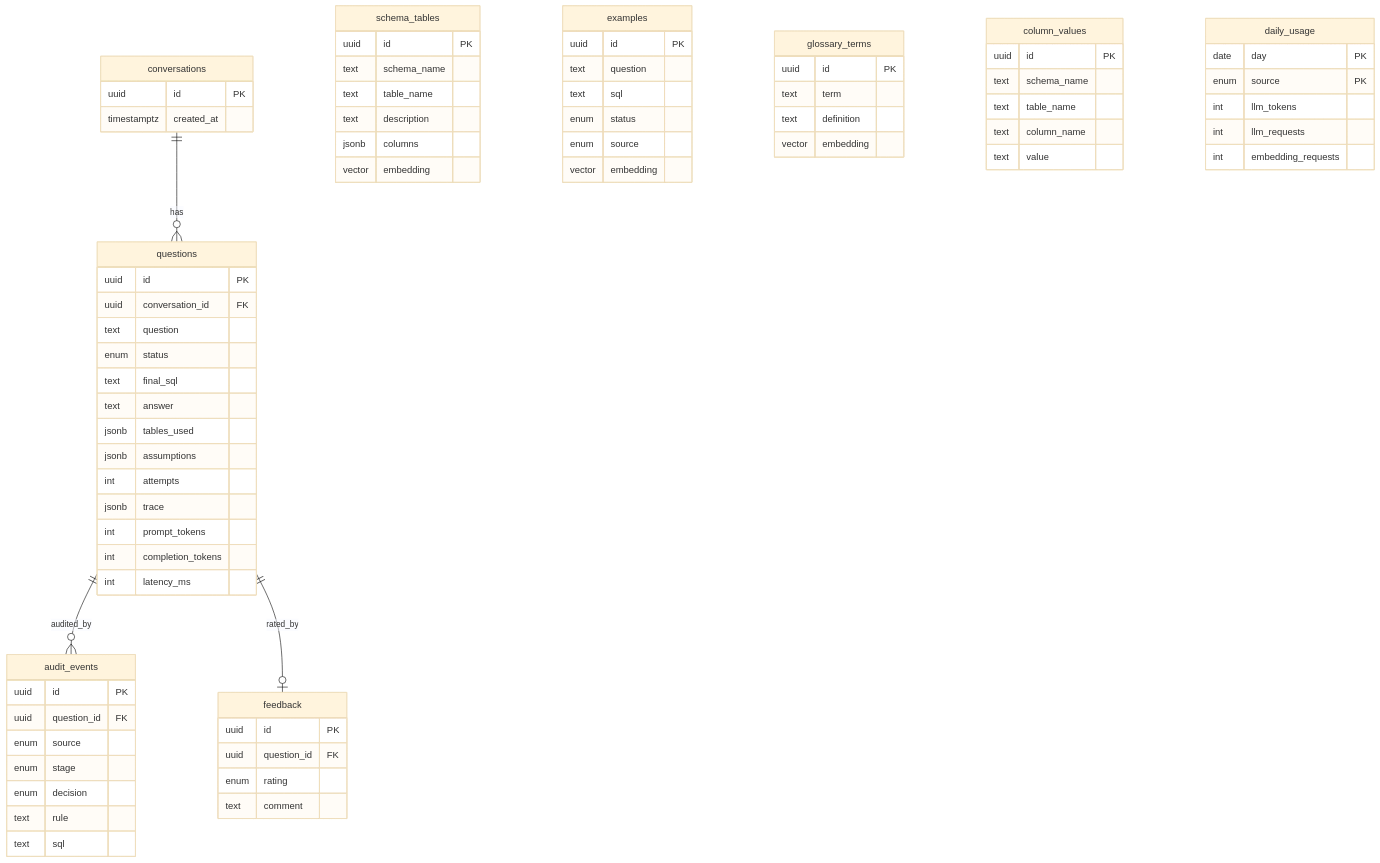
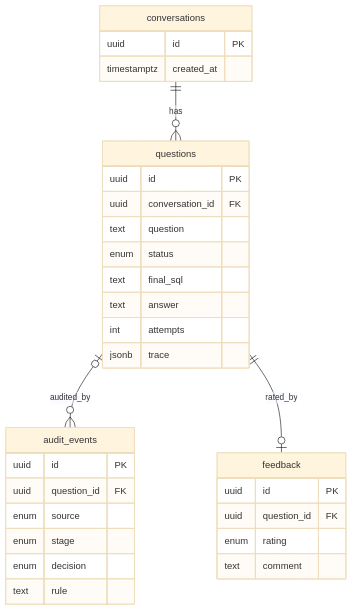
One commit to RAJDEEKSHITH/querycraft changed the fifth of 5 diagrams in README.md. Above: the diagram before and after it, drawn with Mermaid (base theme). The commit also changed other lines of this file and 3 other files, not shown here.

````diff
--- a/README.md
+++ b/README.md
@@ -114,76 +234,34 @@
 ```mermaid
 erDiagram
   conversations ||--o{ questions : has
-  questions ||--o{ audit_events : audited_by
+  questions |o--o{ audit_events : audited_by
   questions ||--o| feedback : rated_by
   conversations {
     uuid id PK
     timestamptz created_at
   }
   questions {
     uuid id PK
     uuid conversation_id FK
     text question
     enum status
     text final_sql
     text answer
-    jsonb tables_used
-    jsonb assumptions
     int attempts
     jsonb trace
-    int prompt_tokens
-    int completion_tokens
-    int latency_ms
   }
   audit_events {
     uuid id PK
     uuid question_id FK
     enum source
     enum stage
     enum decision
     text rule
-    text sql
   }
   feedback {
     uuid id PK
     uuid question_id FK
     enum rating
     text comment
   }
-  schema_tables {
-    uuid id PK
-    text schema_name
-    text table_name
-    text description
-    jsonb columns
-    vector embedding
-  }
-  examples {
-    uuid id PK
-    text question
-    text sql
-    enum status
-    enum source
-    vector embedding
-  }
-  glossary_terms {
-    uuid id PK
-    text term
-    text definition
-    vector embedding
-  }
-  column_values {
-    uuid id PK
-    text schema_name
-    text table_name
-    text column_name
-    text value
-  }
-  daily_usage {
-    date day PK
-    enum source PK
-    int llm_tokens
-    int llm_requests
-    int embedding_requests
-  }
 ```
````
